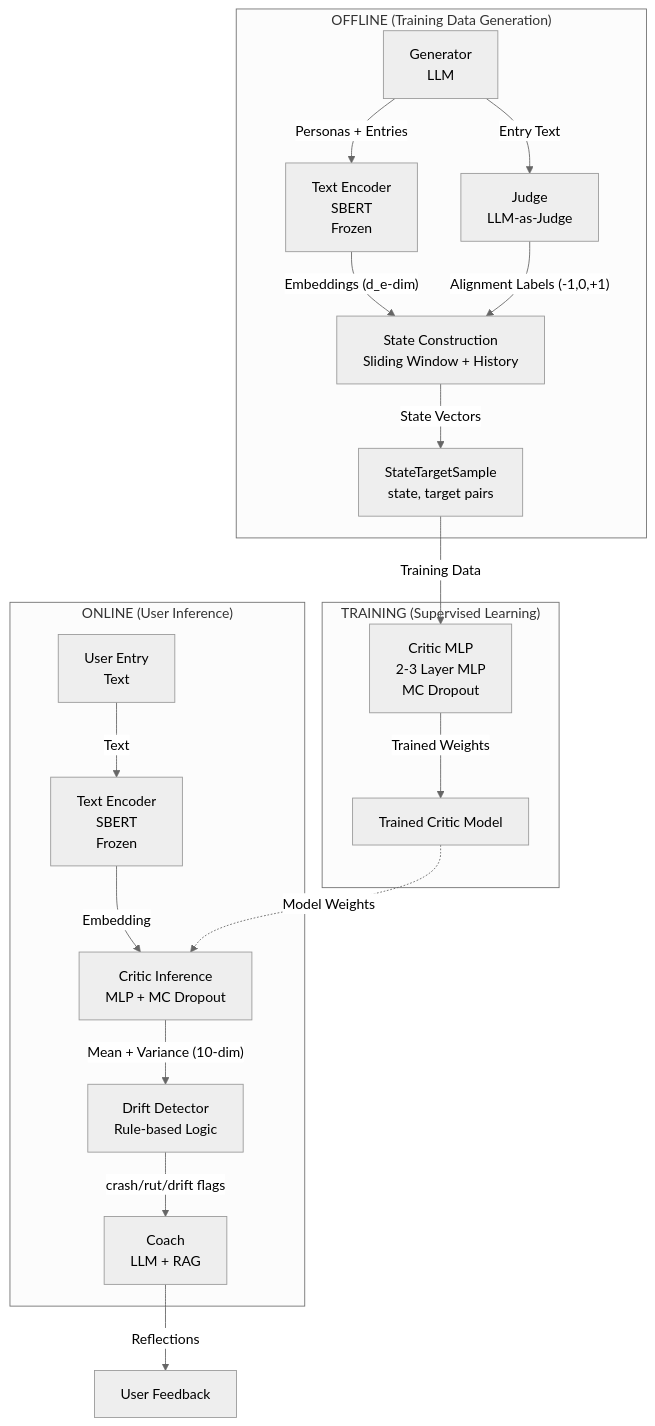
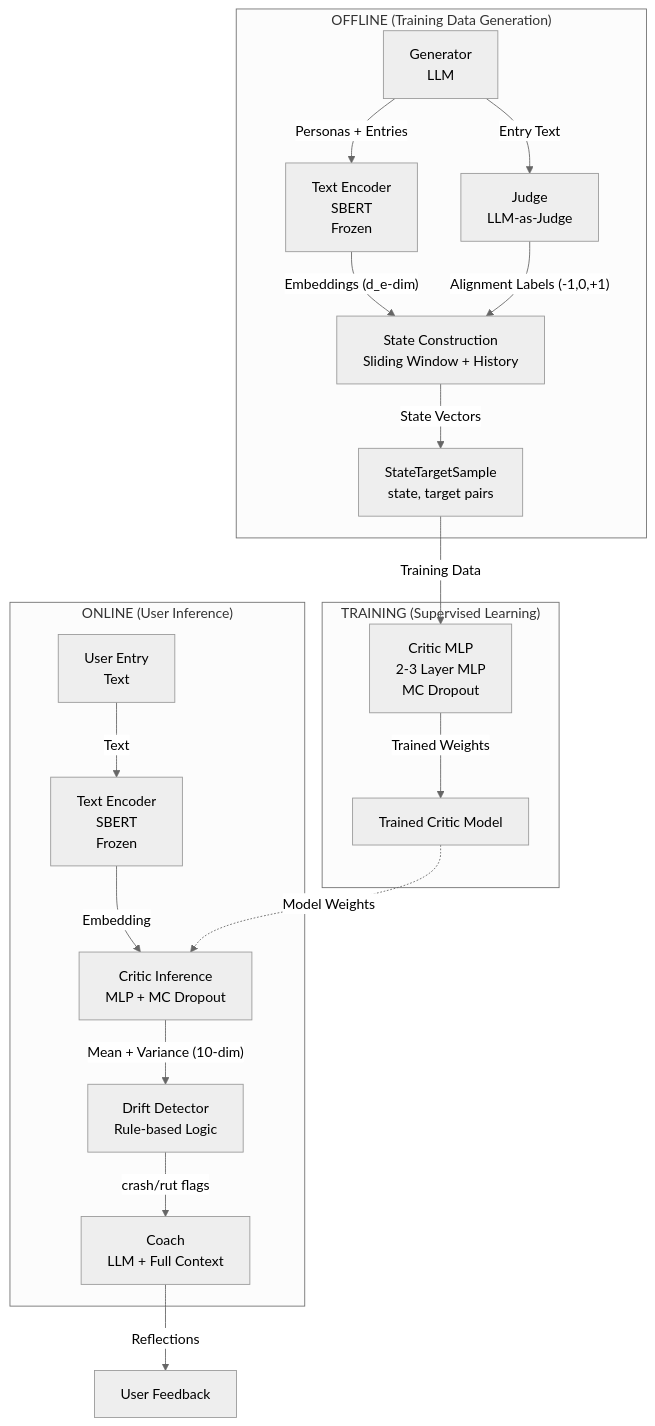
Before and after one commit to DesmondChoy/twinkl: the diagram in docs/vif/system_architecture_diagrams.md, drawn with Mermaid (neutral theme). The commit also changed other lines of this file and 8 other files, not shown here.

First line of the commit message:
Align Coach docs with POC scope: full-context prompting, not RAG

````diff
--- a/docs/vif/system_architecture_diagrams.md
+++ b/docs/vif/system_architecture_diagrams.md
@@ -6,38 +6,38 @@
 ```mermaid
 flowchart TB
     subgraph offline["OFFLINE (Training Data Generation)"]
         generator[Generator<br/>LLM]
         encoder1[Text Encoder<br/>SBERT<br/>Frozen]
         judge[Judge<br/>LLM-as-Judge]
         stateBuilder[State Construction<br/>Sliding Window + History]
         dataset[StateTargetSample<br/>state, target pairs]
     end
 
     subgraph training["TRAINING (Supervised Learning)"]
         criticTrain[Critic MLP<br/>2-3 Layer MLP<br/>MC Dropout]
         trainedModel[Trained Critic Model]
     end
 
     subgraph online["ONLINE (User Inference)"]
         userEntry[User Entry<br/>Text]
         encoder2[Text Encoder<br/>SBERT<br/>Frozen]
         critic[Critic Inference<br/>MLP + MC Dropout]
         driftDetector[Drift Detector<br/>Rule-based Logic]
-        coach[Coach<br/>LLM + RAG]
+        coach[Coach<br/>LLM + Full Context]
     end
 
     generator -->|"Personas + Entries"| encoder1
     generator -->|"Entry Text"| judge
     encoder1 -->|"Embeddings (d_e-dim)"| stateBuilder
     judge -->|"Alignment Labels (-1,0,+1)"| stateBuilder
     stateBuilder -->|"State Vectors"| dataset
     dataset -->|"Training Data"| criticTrain
     criticTrain -->|"Trained Weights"| trainedModel
 
     userEntry -->|"Text"| encoder2
     encoder2 -->|"Embedding"| critic
     trainedModel -.->|"Model Weights"| critic
     critic -->|"Mean + Variance (10-dim)"| driftDetector
-    driftDetector -->|"crash/rut/drift flags"| coach
+    driftDetector -->|"crash/rut flags"| coach
     coach -->|"Reflections"| userOut[User Feedback]
 ```
````
